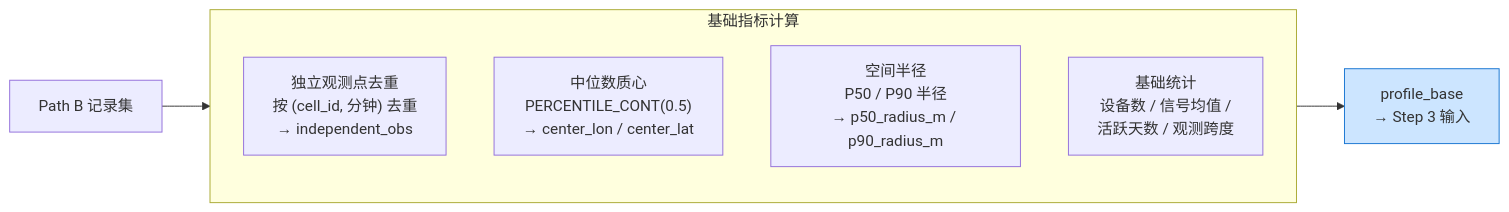
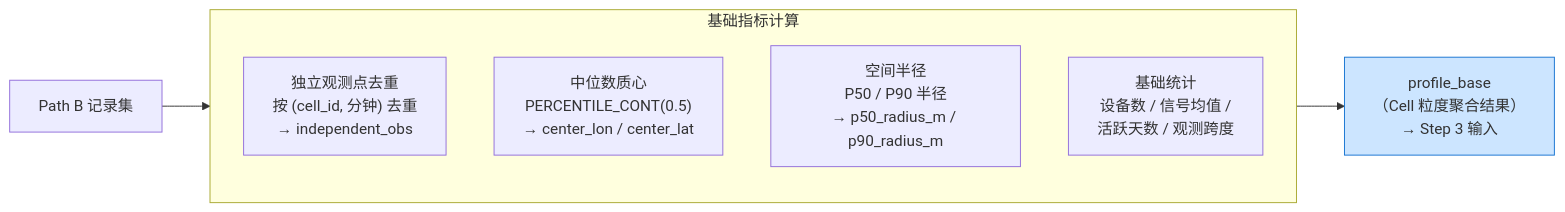
One commit to laoyang75/OptiNet changed the fourth of 5 diagrams in rebuild5/docs/human_guide/02_Step2_基础画像与分流.md. Above: the diagram before and after it, drawn with Mermaid. The commit also changed other lines of this file and 169 other files, not shown here.

````diff
--- a/rebuild5/docs/human_guide/02_Step2_基础画像与分流.md
+++ b/rebuild5/docs/human_guide/02_Step2_基础画像与分流.md
@@ -93,17 +95,17 @@
 ```mermaid
 flowchart LR
     PB["Path B 记录集"]
 
     subgraph CALC["基础指标计算"]
         C1["独立观测点去重\n按 (cell_id, 分钟) 去重\n→ independent_obs"]
         C2["中位数质心\nPERCENTILE_CONT(0.5)\n→ center_lon / center_lat"]
         C3["空间半径\nP50 / P90 半径\n→ p50_radius_m / p90_radius_m"]
         C4["基础统计\n设备数 / 信号均值 /\n活跃天数 / 观测跨度"]
     end
 
-    OUT["profile_base\n→ Step 3 输入"]
+    OUT["profile_base\n（Cell 粒度聚合结果）\n→ Step 3 输入"]
 
     PB --> CALC --> OUT
 
     style OUT fill:#cce5ff,stroke:#1976d2
 ```
````
